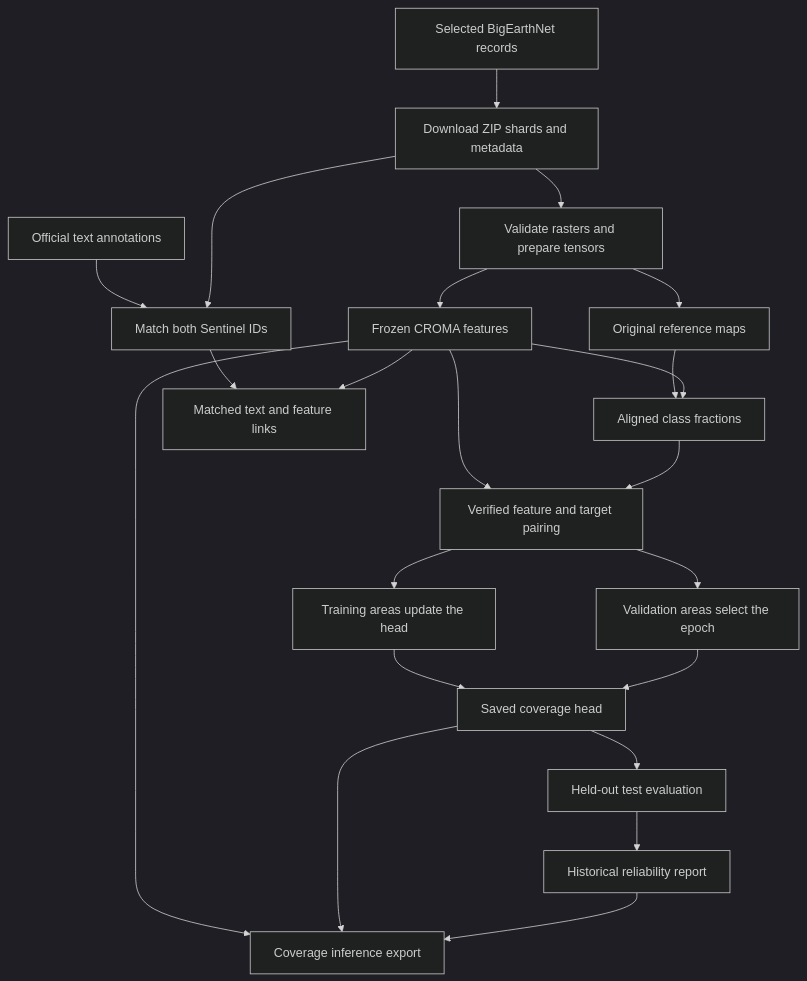
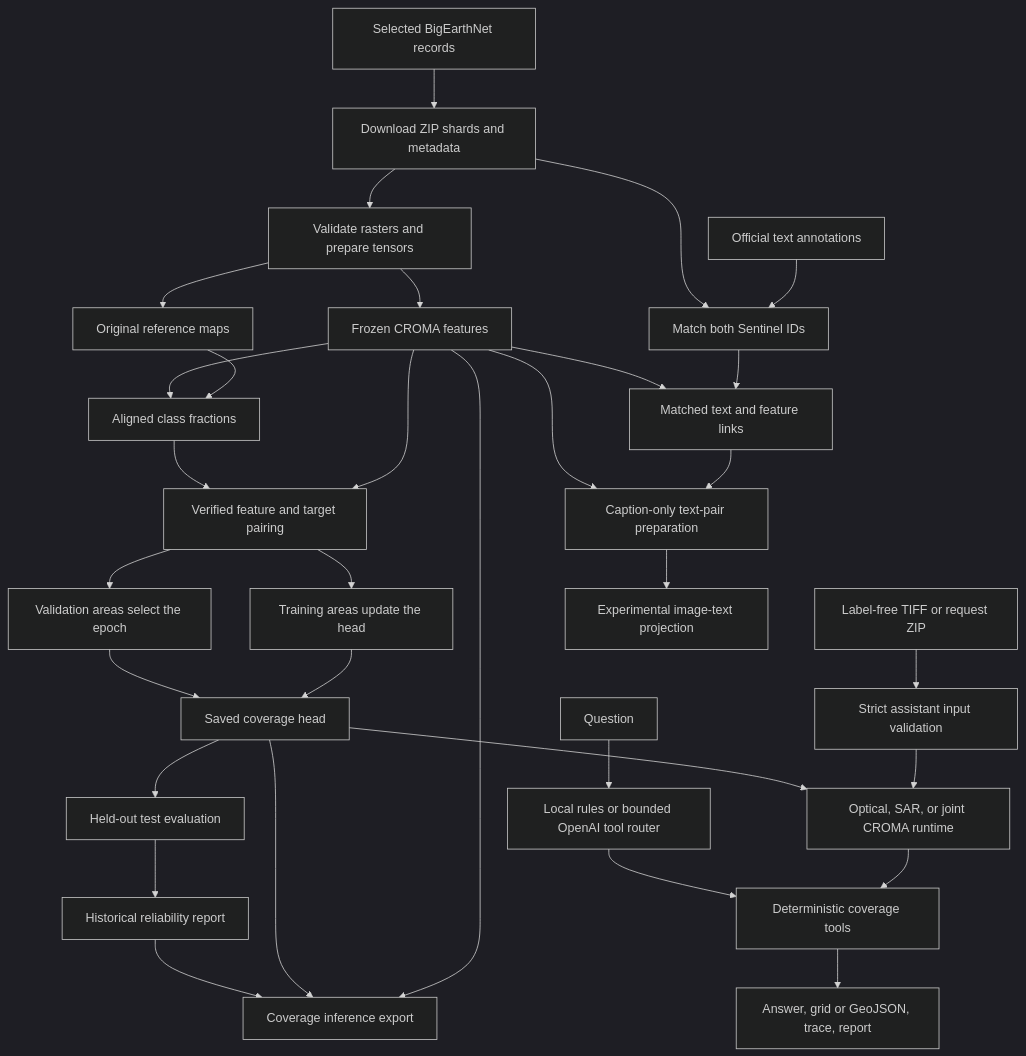
The diagram in docs/architecture.md (raviasha/Sat_Query), drawn with Mermaid (dark theme) before and after one commit. The commit also changed other lines of this file and 9 other files, not shown here.

````diff
--- a/docs/architecture.md
+++ b/docs/architecture.md
@@ -24,24 +31,34 @@
 ```mermaid
 flowchart TD
     A[Selected BigEarthNet records] --> B[Download ZIP shards and metadata]
     B --> C[Validate rasters and prepare tensors]
     C --> D[Frozen CROMA features]
     C --> E[Original reference maps]
     E --> F[Aligned class fractions]
     D --> F
     D --> G[Verified feature and target pairing]
     F --> G
     G --> H[Training areas update the head]
     G --> I[Validation areas select the epoch]
     H --> J[Saved coverage head]
     I --> J
     J --> K[Held-out test evaluation]
     D --> L[Coverage inference export]
     J --> L
     K --> M[Historical reliability report]
     M --> L
     N[Official text annotations] --> O[Match both Sentinel IDs]
     B --> O
     O --> P[Matched text and feature links]
     D --> P
+    Q[Label-free TIFF or request ZIP] --> R[Strict assistant input validation]
+    R --> S[Optical, SAR, or joint CROMA runtime]
+    J --> S
+    S --> T[Deterministic coverage tools]
+    U[Question] --> V[Local rules or bounded OpenAI tool router]
+    V --> T
+    T --> W[Answer, grid or GeoJSON, trace, report]
+    P --> X[Caption-only text-pair preparation]
+    D --> X
+    X --> Y[Experimental image-text projection]
 ```
````
